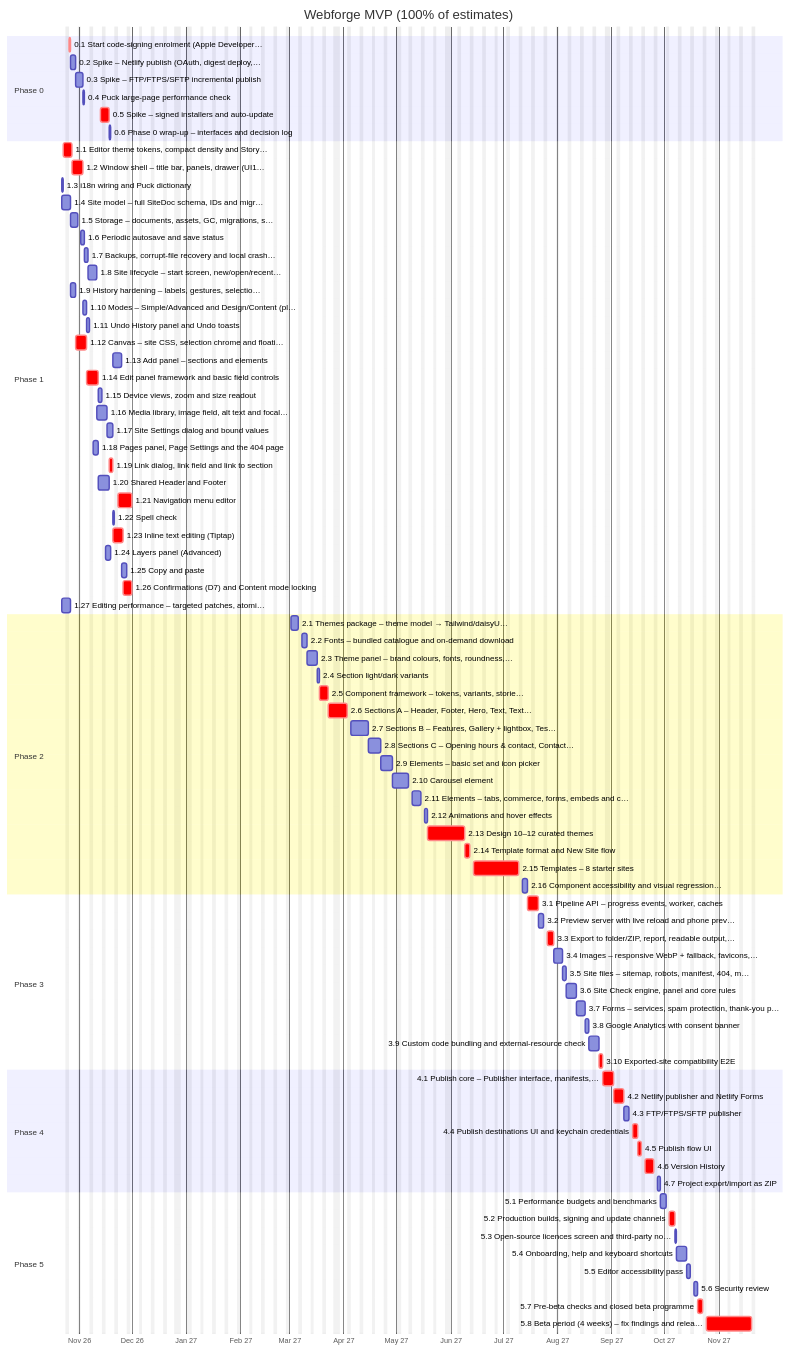
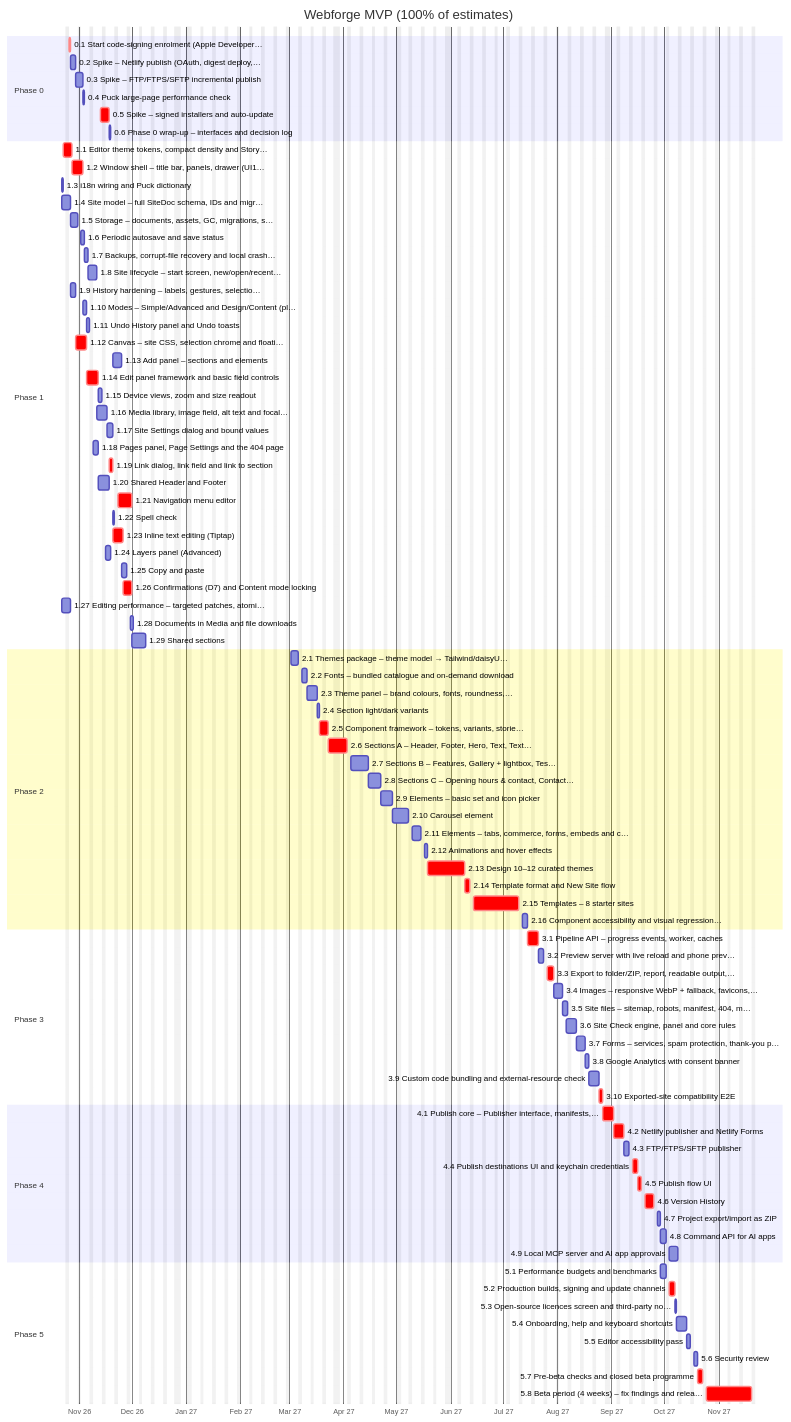
Before and after one commit to nexustech/webforge: the diagram in spec/04-implementation-plan.md, drawn with Mermaid. The commit also changed other lines of this file and 5 other files, not shown here.

```diff
--- a/spec/04-implementation-plan.md
+++ b/spec/04-implementation-plan.md
@@ -100,6 +102,8 @@
     1.25 Copy and paste :t1_25, 2026-11-25, 3d
     1.26 Confirmations (D7) and Content mode locking :crit, t1_26, 2026-11-26, 3d
     1.27 Editing performance – targeted patches, atomi… :t1_27, 2026-10-22, 3d
+    1.28 Documents in Media and file downloads :t1_28, after t1_25, 2d
+    1.29 Shared sections :t1_29, after t1_26, 6d
     section Phase 2
     2.1 Themes package – theme model → Tailwind/daisyU… :t2_1, 2027-03-02, 4d
     2.2 Fonts – bundled catalogue and on-demand download :t2_2, 2027-03-08, 3d
@@ -122,7 +126,7 @@
     3.2 Preview server with live reload and phone prev… :t3_2, 2027-07-21, 3d
     3.3 Export to folder/ZIP, report, readable output,… :crit, t3_3, 2027-07-26, 4d
     3.4 Images – responsive WebP + fallback, favicons,… :t3_4, 2027-07-30, 3d
-    3.5 Site files – sitemap, robots, manifest, 404, m… :t3_5, 2027-08-04, 2d
+    3.5 Site files – sitemap, robots, manifest, 404, m… :t3_5, 2027-08-04, 3d
     3.6 Site Check engine, panel and core rules :t3_6, 2027-08-06, 4d
     3.7 Forms – services, spam protection, thank-you p… :t3_7, 2027-08-12, 3d
     3.8 Google Analytics with consent banner :t3_8, 2027-08-17, 2d
@@ -136,6 +140,8 @@
     4.5 Publish flow UI :crit, t4_5, 2027-09-16, 2d
     4.6 Version History :crit, t4_6, 2027-09-20, 5d
     4.7 Project export/import as ZIP :t4_7, 2027-09-27, 2d
+    4.8 Command API for AI apps :t4_8, after t4_7, 3d
+    4.9 Local MCP server and AI app approvals :t4_9, after t4_8, 5d
     section Phase 5
     5.1 Performance budgets and benchmarks :t5_1, 2027-09-29, 3d
     5.2 Production builds, signing and update channels :crit, t5_2, 2027-10-04, 3d
```
